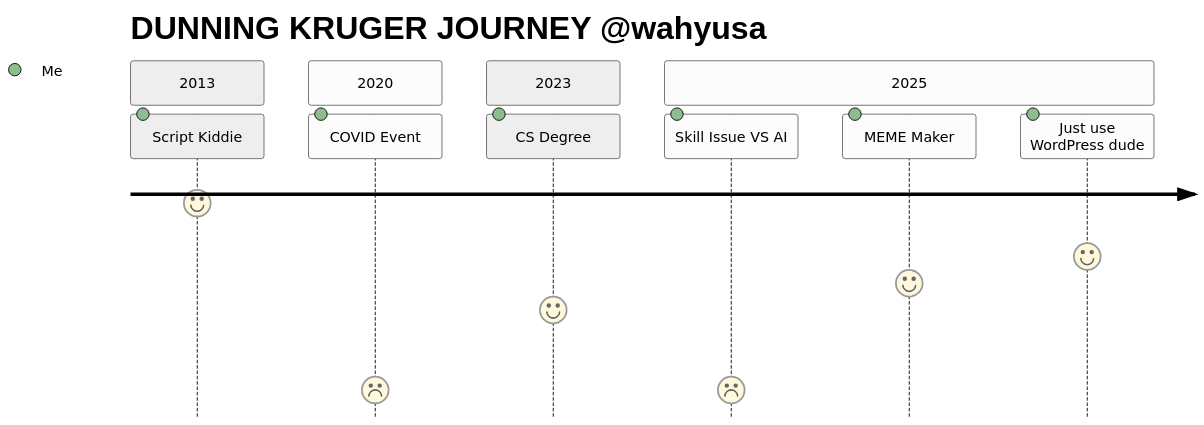
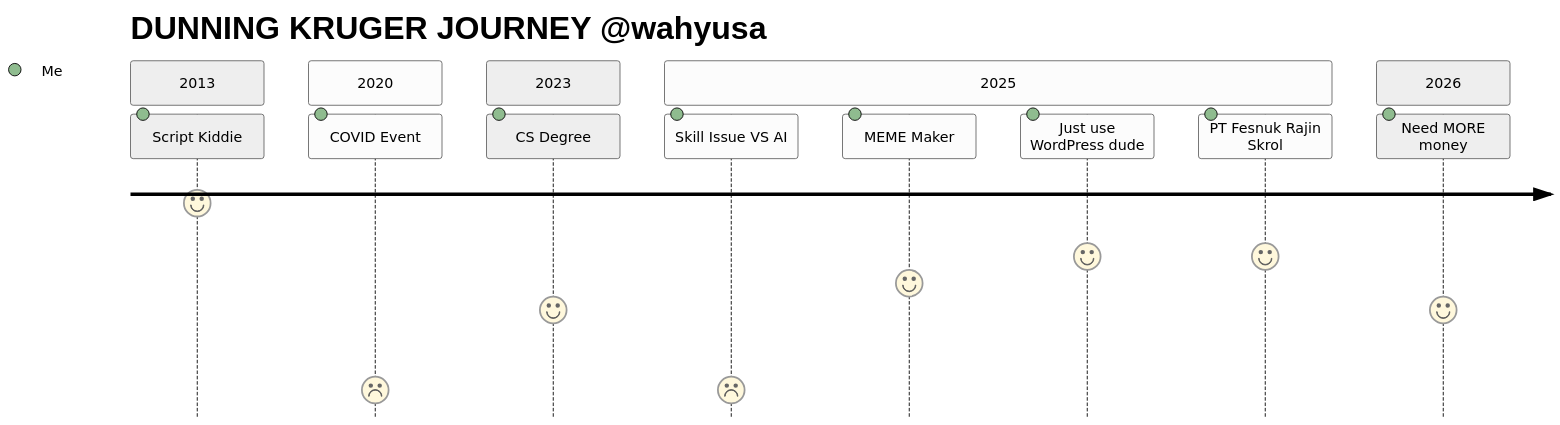
Before and after one commit to wahyusa/wahyusa: the diagram in README.md, drawn with Mermaid (neutral theme). The commit also changed other lines of this file, not shown here.

First line of the commit message:
docs: update dunning-kruger roadmap and 2026 goals

````diff
--- a/README.md
+++ b/README.md
@@ -6,14 +48,17 @@
 ```mermaid
 journey
     title DUNNING KRUGER JOURNEY @wahyusa
     section 2013
       Script Kiddie: 8: Me
     section 2020
       COVID Event: 1: Me
     section 2023
       CS Degree: 4: Me
     section 2025
       Skill Issue VS AI : 1: Me
       MEME Maker : 5 : Me
       Just use WordPress dude : 6 : Me
+      PT Fesnuk Rajin Skrol: 6 : Me
+    section 2026
+      Need MORE money : 4 : Me
 ```
````
